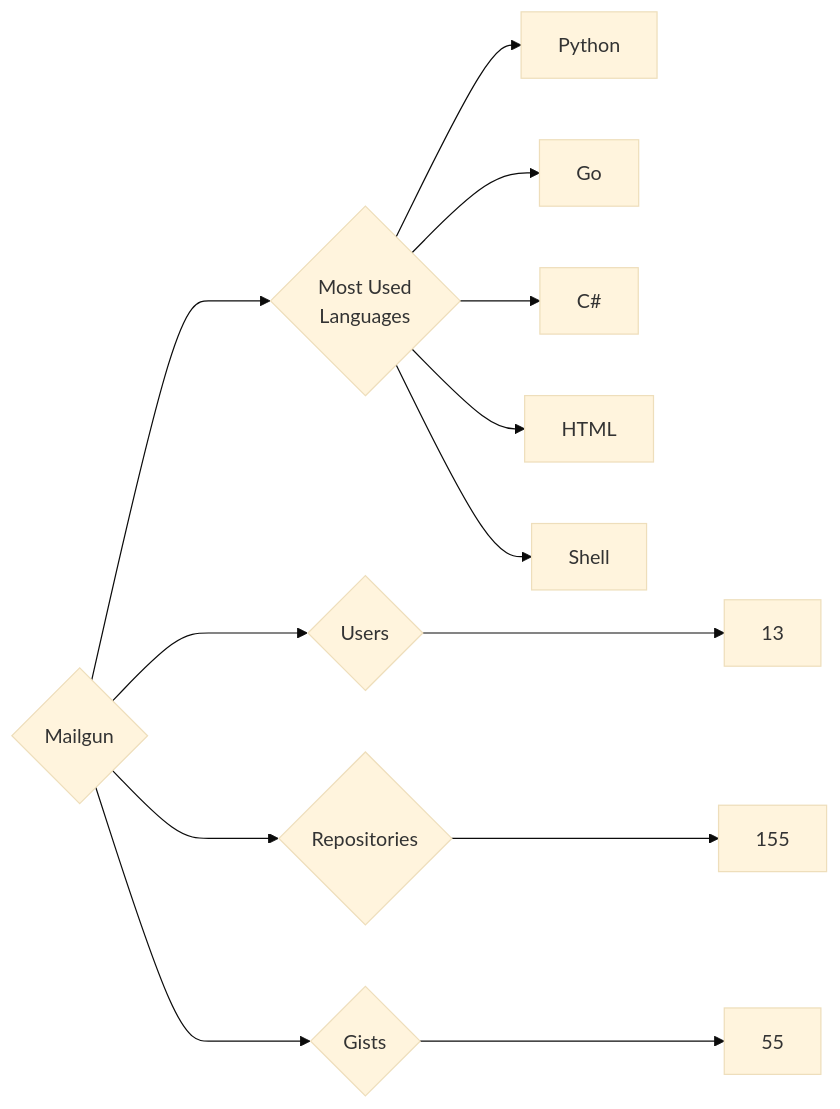
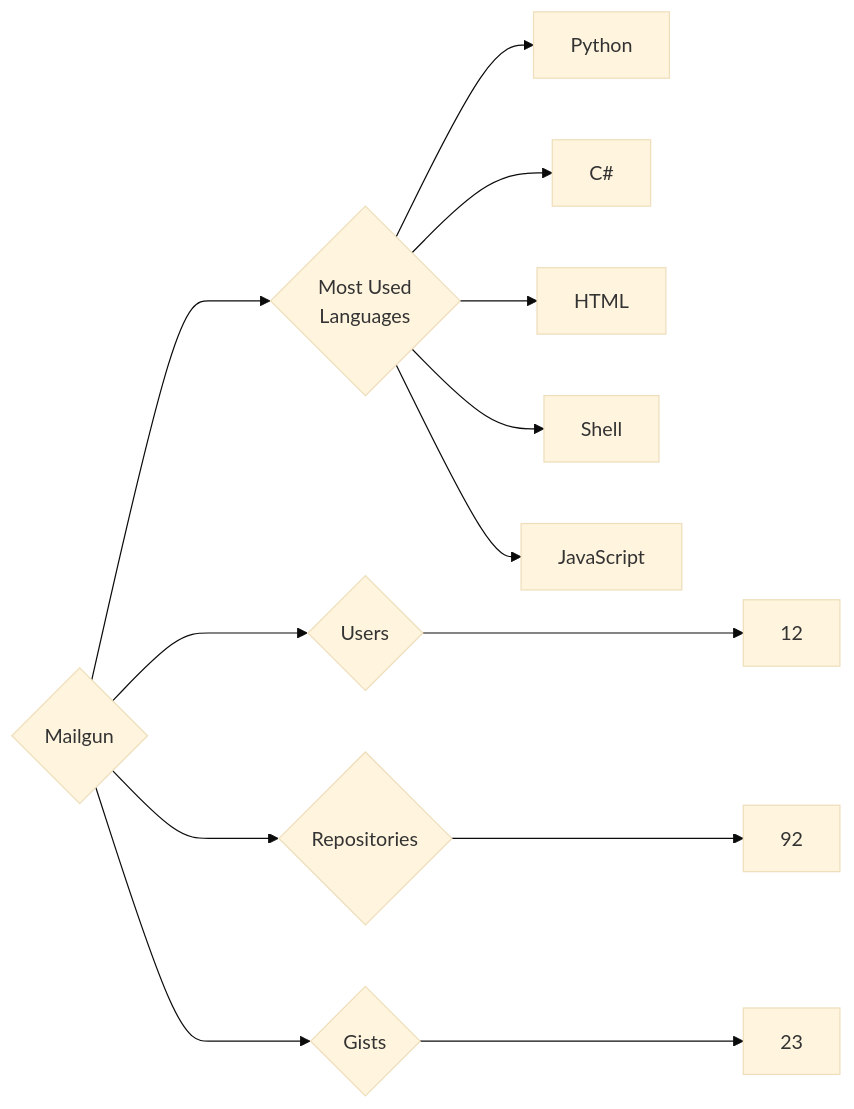
The diagram in targets/Mailgun/README.md (trickest/insiders), drawn with Mermaid (base theme) before and after one commit. The commit also changed 924 other files, not shown here.

````diff
--- a/targets/Mailgun/README.md
+++ b/targets/Mailgun/README.md
@@ -3,13 +3,13 @@
 ```mermaid
 graph LR
 COMPANY_NAME{Mailgun}
-COMPANY_NAME ---> U{Users} ---> UN[13]
-COMPANY_NAME ---> R{Repositories} ---> RN[155]
-COMPANY_NAME ---> G{Gists} ---> GN[55]
+COMPANY_NAME ---> U{Users} ---> UN[12]
+COMPANY_NAME ---> R{Repositories} ---> RN[92]
+COMPANY_NAME ---> G{Gists} ---> GN[23]
 COMPANY_NAME ---> ML{Most Used<br>Languages}
 ML --> Python[Python]
-ML --> Go[Go]
 ML --> C#[C#]
 ML --> HTML[HTML]
 ML --> Shell[Shell]
+ML --> JavaScript[JavaScript]
 ```
````
